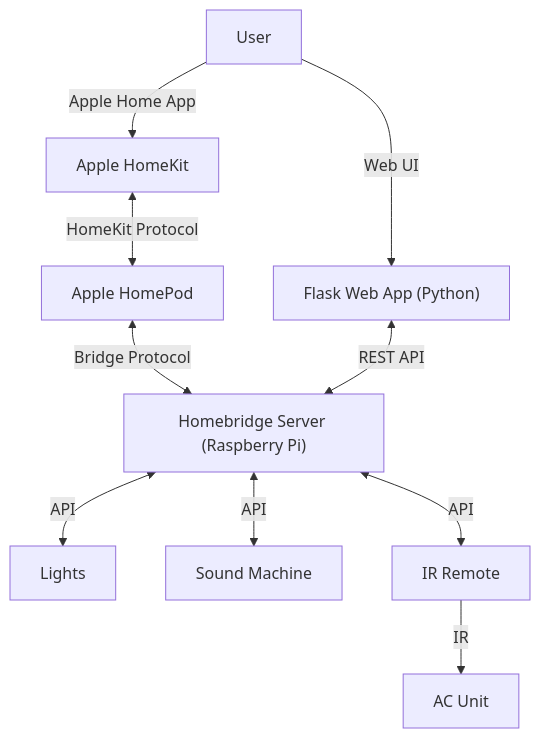
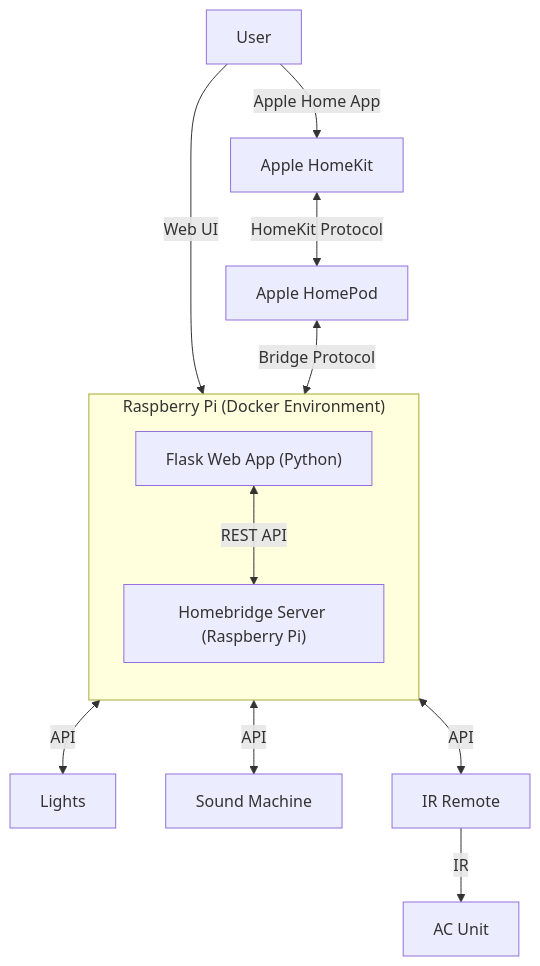
The diagram in projects/Containerized Home Network.md (larrison23/Personal-Website), drawn with Mermaid before and after one commit. The commit also changed other lines of this file, not shown here.

````diff
--- a/projects/Containerized Home Network.md
+++ b/projects/Containerized Home Network.md
@@ -11,12 +11,21 @@
 ```mermaid
 graph TD
     User["User"] -->|"Web UI"| FlaskApp["Flask Web App (Python)"]
     User -->|"Apple Home App"| HomeKit["Apple HomeKit"]
     HomeKit <-->|"HomeKit Protocol"| HomePod["Apple HomePod"]
+
+    %% Hardware Boundary
+    subgraph Pi ["Raspberry Pi (Docker Environment)"]
+        direction TB
+        FlaskApp["Flask Web App (Python)"]
+        Homebridge["Homebridge Server"]
+    end
+
     HomePod <-->|"Bridge Protocol"| Homebridge["Homebridge Server (Raspberry Pi)"]
     FlaskApp <-->|"REST API"| Homebridge
+
     Homebridge <-->|"API"| DummyDevice1["Lights"]
     Homebridge <-->|"API"| DummyDevice2["Sound Machine"]
     Homebridge <-->|"API"| IRDevice["IR Remote"]
     IRDevice -->|"IR"| ACUnit["AC Unit"]
 ```
````
